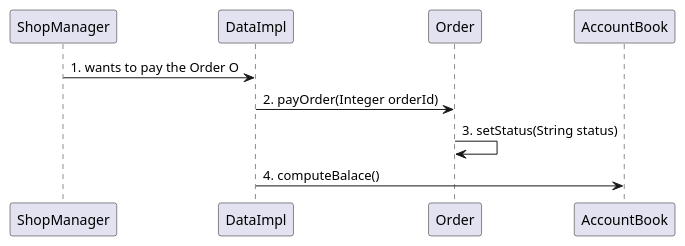
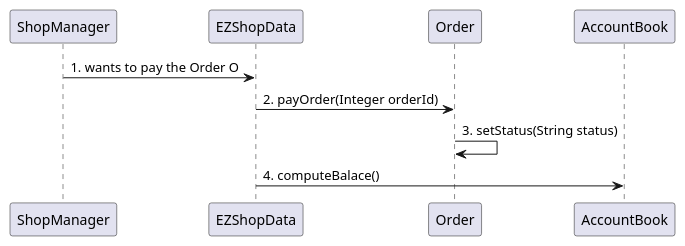
Before and after one commit to djemar/softeng_ezshop: the tenth of 31 diagrams in Deliverables/DesignDocument.md, drawn with PlantUML. The commit also changed other lines of this file, not shown here.

Commit message:
update SequenceDiagrams

````diff
--- a/Deliverables/DesignDocument.md
+++ b/Deliverables/DesignDocument.md
@@ -339,6 +339,6 @@
 ```plantuml
-"ShopManager" -> "DataImpl": 1. wants to pay the Order O
-"DataImpl" -> "Order" : 2. payOrder(Integer orderId)
+"ShopManager" -> "EZShopData": 1. wants to pay the Order O
+"EZShopData" -> "Order" : 2. payOrder(Integer orderId)
 "Order" -> "Order" : 3. setStatus(String status)
-"DataImpl" -> "AccountBook" : 4. computeBalace()
+"EZShopData" -> "AccountBook" : 4. computeBalace()
 ```
````
